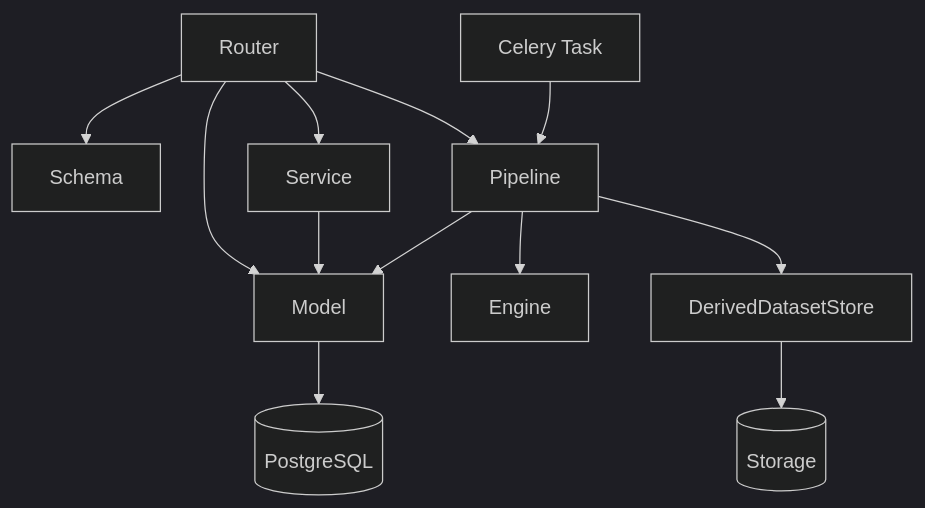
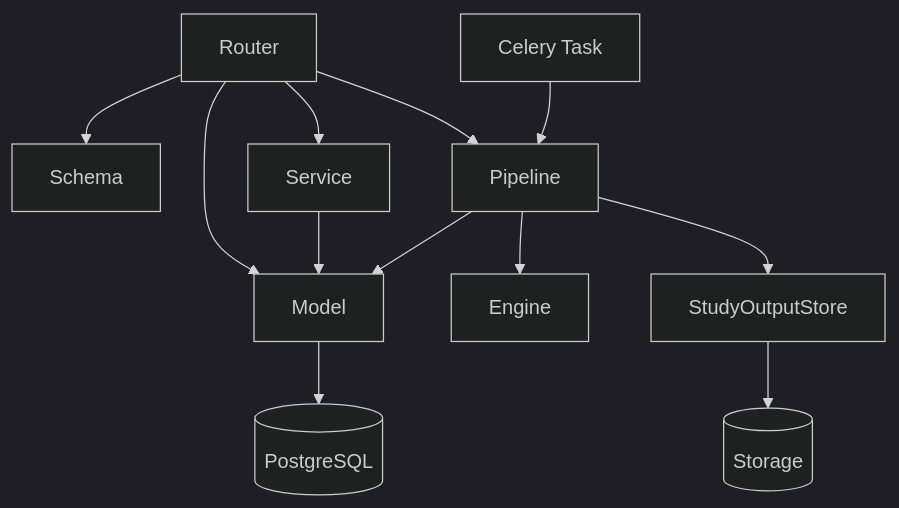
One commit to NoraJinxy/Niantong_GH_version changed the diagram in wiki/docs/7-30-后端分层与数据契约.md. Above: the diagram before and after it, drawn with Mermaid (dark theme). The commit also changed other lines of this file and 39 other files, not shown here.

First line of the commit message:
docs(retention): wiki 收尾 — 批量改名 derived_dataset→输出/StudyOutput + 3-45 概念页重写

````diff
--- a/wiki/docs/7-30-后端分层与数据契约.md
+++ b/wiki/docs/7-30-后端分层与数据契约.md
@@ -32,14 +32,14 @@
 ```mermaid
 flowchart TB
   Router[Router] --> Schema[Schema]
   Router --> Service[Service]
   Router --> Model[Model]
   Router --> Pipeline[Pipeline]
   Service --> Model
   Pipeline --> Model
   Pipeline --> Engine[Engine]
-  Pipeline --> Store[DerivedDatasetStore]
+  Pipeline --> Store[StudyOutputStore]
   Task[Celery Task] --> Pipeline
   Model --> DB[(PostgreSQL)]
   Store --> FS[(Storage)]
 ```
````
